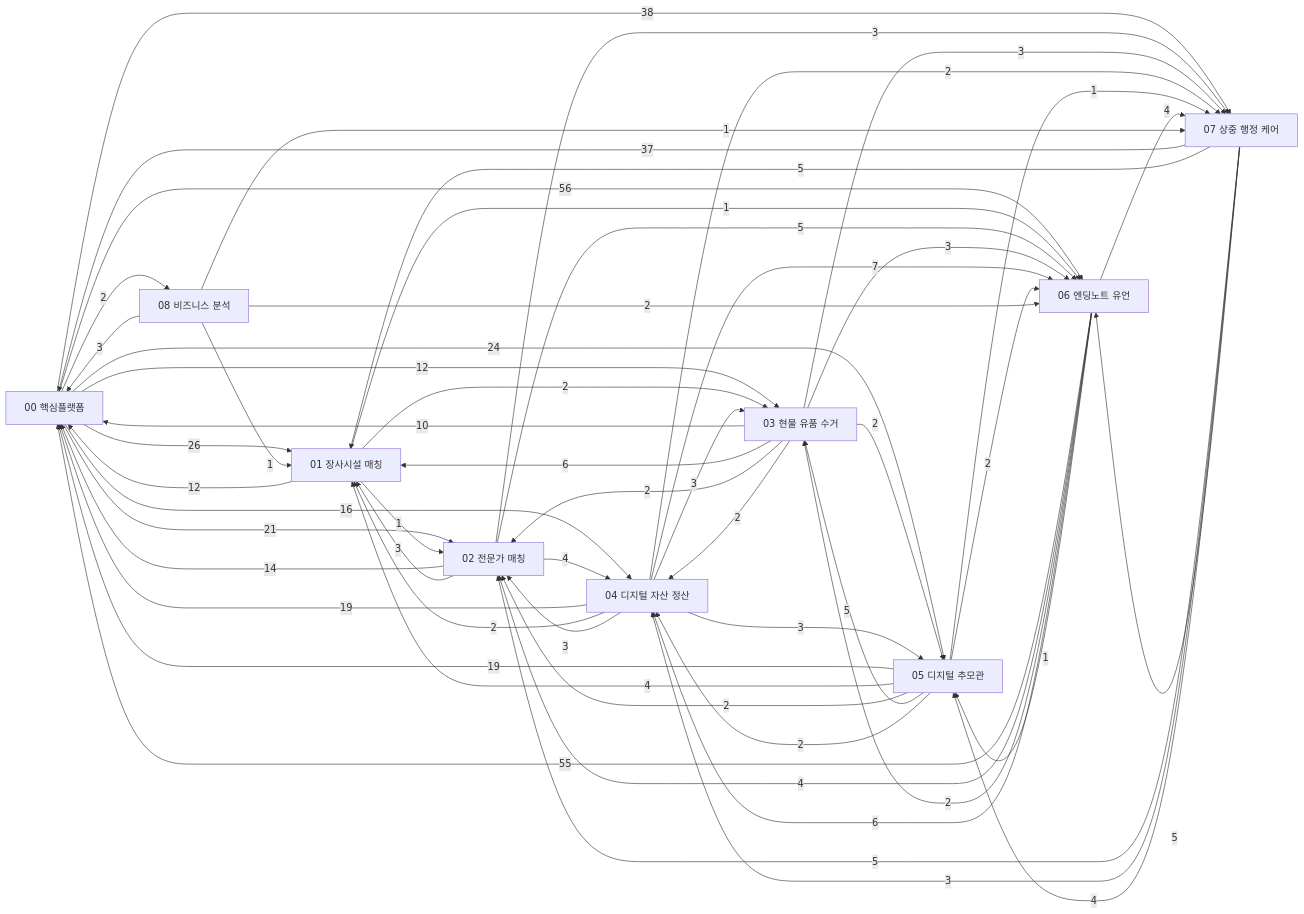
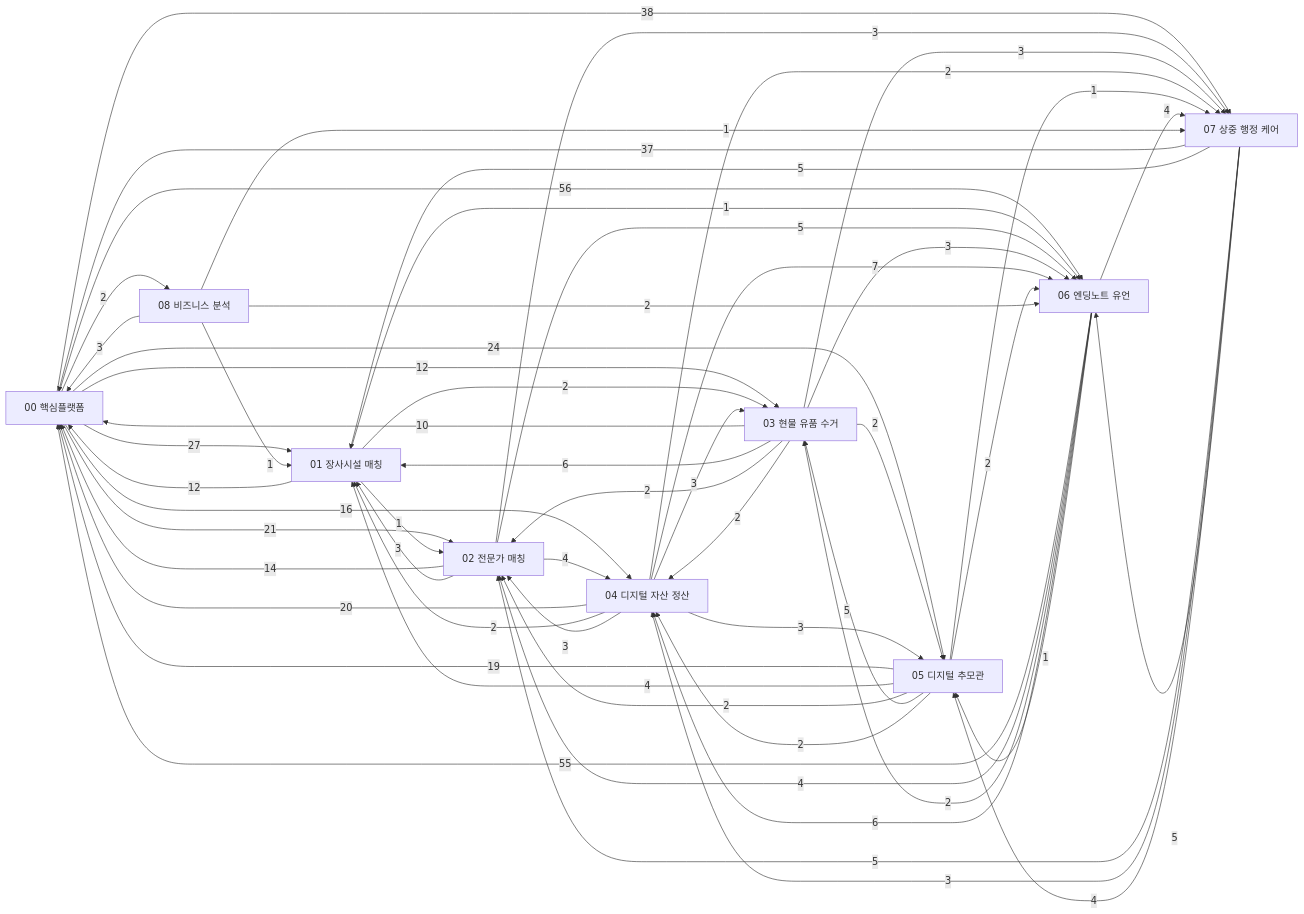
Before and after one commit to Hyunews/Eobom: the diagram in docs/00_DOCS_INDEX.md, drawn with Mermaid. The commit also changed other lines of this file and 6 other files, not shown here.

````diff
--- a/docs/00_DOCS_INDEX.md
+++ b/docs/00_DOCS_INDEX.md
@@ -53,66 +53,66 @@
 ```mermaid
 flowchart LR
   D00["00 핵심플랫폼"]
   D01["01 장사시설 매칭"]
   D02["02 전문가 매칭"]
   D03["03 현물 유품 수거"]
   D04["04 디지털 자산 정산"]
   D05["05 디지털 추모관"]
   D06["06 엔딩노트 유언"]
   D07["07 상중 행정 케어"]
   D08["08 비즈니스 분석"]
-  D00 -->|26| D01
+  D00 -->|27| D01
   D00 -->|21| D02
   D00 -->|12| D03
   D00 -->|16| D04
   D00 -->|24| D05
   D00 -->|56| D06
   D00 -->|38| D07
   D00 -->|2| D08
   D01 -->|12| D00
   D01 -->|1| D02
   D01 -->|2| D03
   D01 -->|1| D06
   D02 -->|14| D00
   D02 -->|3| D01
   D02 -->|4| D04
   D02 -->|5| D06
   D02 -->|3| D07
   D03 -->|10| D00
   D03 -->|6| D01
   D03 -->|2| D02
   D03 -->|2| D04
   D03 -->|2| D05
   D03 -->|3| D06
   D03 -->|3| D07
-  D04 -->|19| D00
+  D04 -->|20| D00
   D04 -->|2| D01
   D04 -->|3| D02
   D04 -->|3| D03
   D04 -->|3| D05
   D04 -->|7| D06
   D04 -->|2| D07
   D05 -->|19| D00
   D05 -->|4| D01
   D05 -->|2| D02
   D05 -->|5| D03
   D05 -->|2| D04
   D05 -->|2| D06
   D05 -->|1| D07
   D06 -->|55| D00
   D06 -->|4| D02
   D06 -->|2| D03
   D06 -->|6| D04
   D06 -->|1| D05
   D06 -->|4| D07
   D07 -->|37| D00
   D07 -->|5| D01
   D07 -->|5| D02
   D07 -->|3| D04
   D07 -->|4| D05
   D07 -->|5| D06
   D08 -->|3| D00
   D08 -->|1| D01
   D08 -->|2| D06
   D08 -->|1| D07
 ```
````
